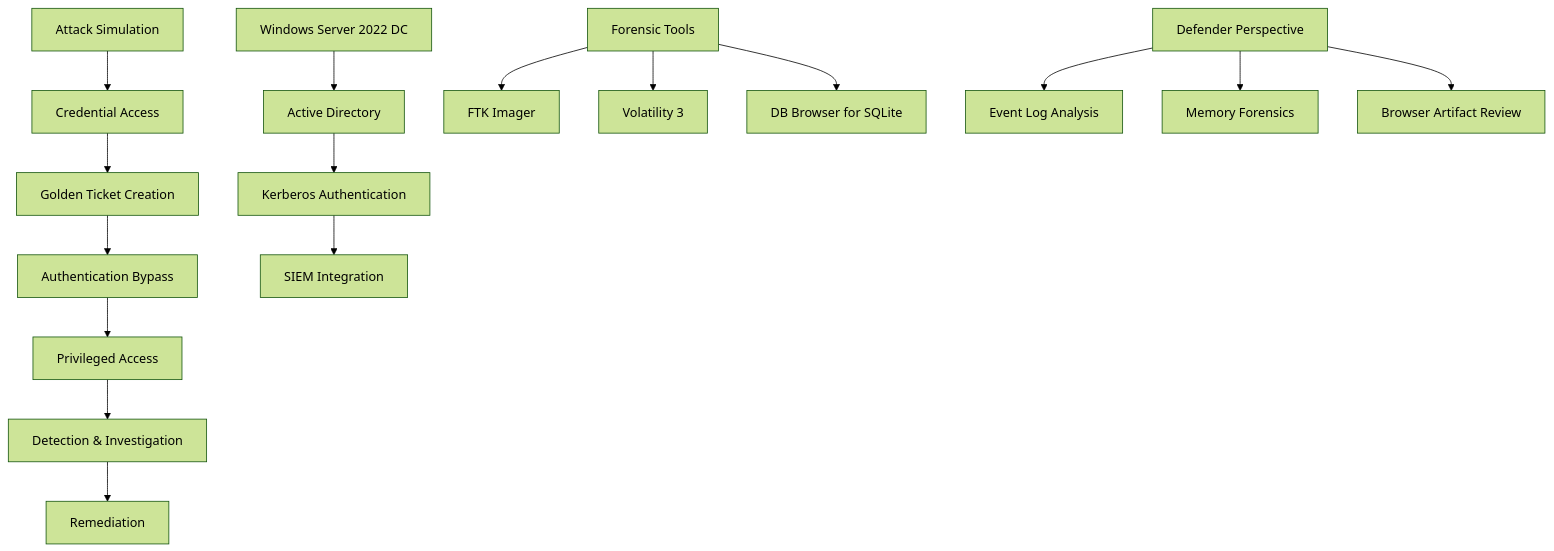
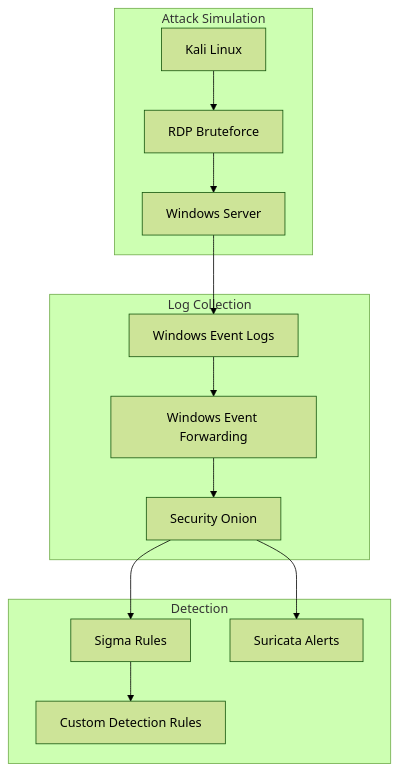
The diagram in README.md (Dmokom1/rdp-abuse-investigation-security-onion), drawn with Mermaid (forest theme) before and after one commit.

Commit message:
Update diagram to match project focus (RDP abuse detection)

````diff
--- a/README.md
+++ b/README.md
@@ -38,21 +38,26 @@
 ```mermaid
 graph TD
-    A[Attack Simulation] --> B[Credential Access]
-    B --> C[Golden Ticket Creation]
-    C --> D[Authentication Bypass]
-    D --> E[Privileged Access]
-    E --> F[Detection & Investigation]
-    F --> G[Remediation]
+    subgraph "Attack Simulation"
+        A[Kali Linux] --> B[RDP Bruteforce]
+        B --> C[Windows Server]
+    end
     
-    H[Windows Server 2022 DC] --> I[Active Directory]
-    I --> J[Kerberos Authentication]
-    J --> K[SIEM Integration]
+    subgraph "Log Collection"
+        D[Windows Event Logs]
+        E[Windows Event Forwarding]
+        F[Security Onion]
+    end
     
-    L[Forensic Tools] --> M[FTK Imager]
-    L --> N[Volatility 3]
-    L --> O[DB Browser for SQLite]
+    subgraph "Detection"
+        G[Sigma Rules]
+        H[Suricata Alerts]
+        I[Custom Detection Rules]
+    end
     
-    P[Defender Perspective] --> Q[Event Log Analysis]
-    P --> R[Memory Forensics]
-    P --> S[Browser Artifact Review]
+    C --> D
+    D --> E
+    E --> F
+    F --> G
+    F --> H
+    G --> I
 ```
````
